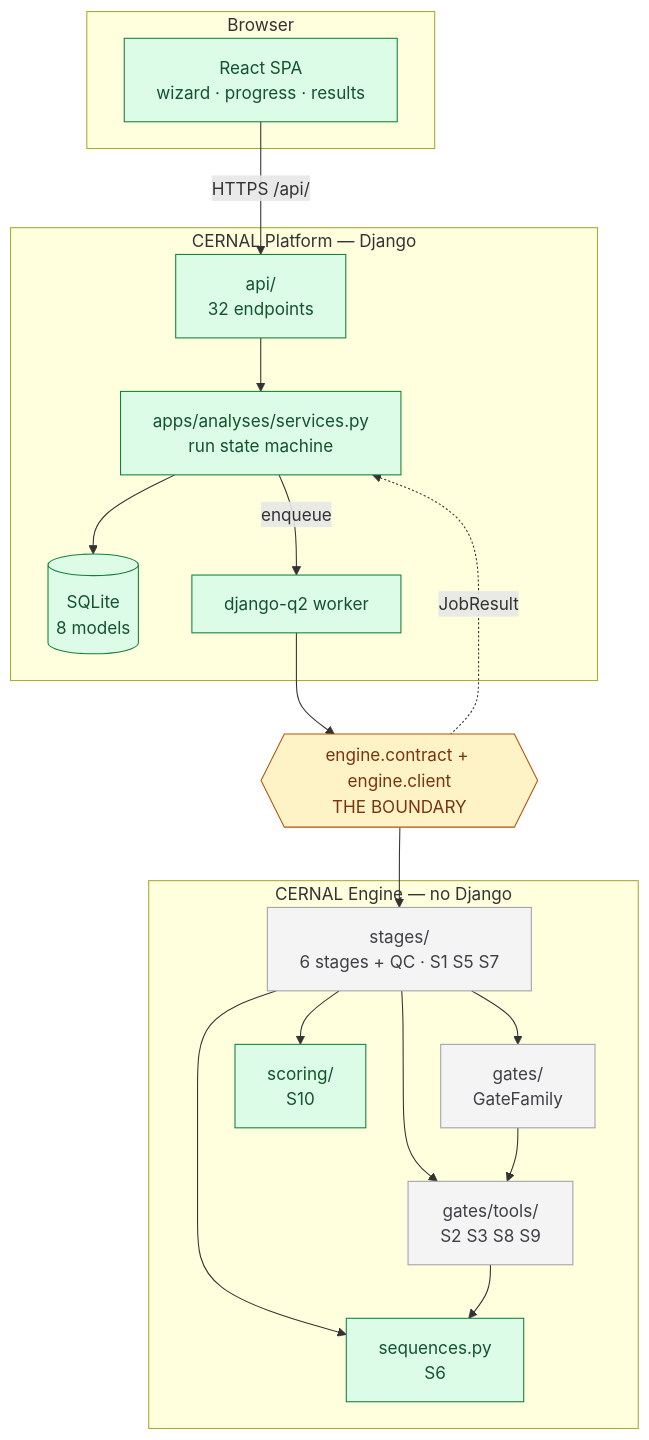
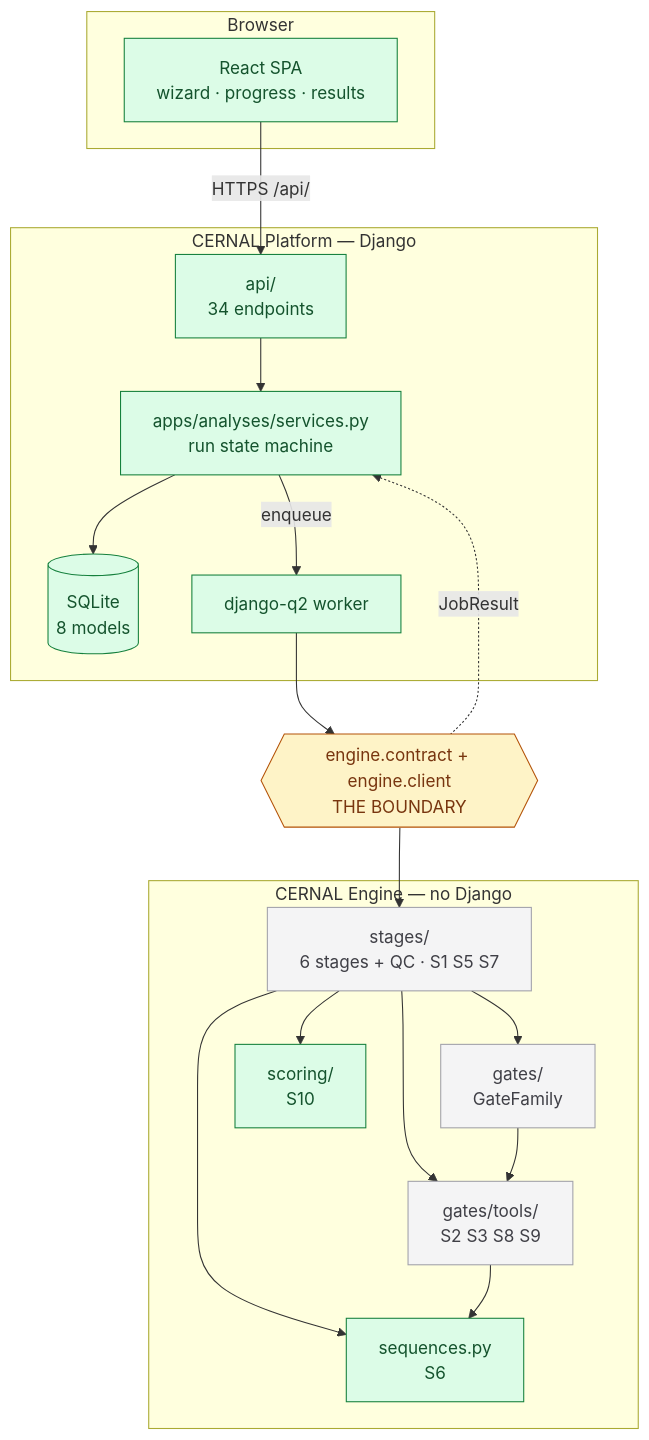
One commit to zivbental/cernal_software changed the first of 6 diagrams in docs/engine.md. Above: the diagram before and after it, drawn with Mermaid. The commit also changed 65 other files, not shown here.

````diff
--- a/docs/engine.md
+++ b/docs/engine.md
@@ -42,44 +42,44 @@
 ```mermaid
 flowchart TB
     subgraph browser["Browser"]
         SPA["React SPA<br/>wizard · progress · results"]
     end
 
     subgraph platform["CERNAL Platform — Django"]
-        API["api/<br/>32 endpoints"]
+        API["api/<br/>34 endpoints"]
         SVC["apps/analyses/services.py<br/>run state machine"]
         DB[("SQLite<br/>8 models")]
         WORKER["django-q2 worker"]
     end
 
     SEAM{{"engine.contract + engine.client<br/>THE BOUNDARY"}}
 
     subgraph engine["CERNAL Engine — no Django"]
         PIPE["stages/<br/>6 stages + QC · S1 S5 S7"]
         GATES["gates/<br/>GateFamily"]
         TOOLS["gates/tools/<br/>S2 S3 S8 S9"]
         SCORE["scoring/<br/>S10"]
         SEQ["sequences.py<br/>S6"]
     end
 
     SPA -->|"HTTPS /api/"| API
     API --> SVC
     SVC --> DB
     SVC -->|"enqueue"| WORKER
     WORKER --> SEAM
     SEAM --> PIPE
     PIPE --> GATES
     PIPE --> TOOLS
     PIPE --> SCORE
     GATES --> TOOLS
     PIPE --> SEQ
     TOOLS --> SEQ
     SEAM -.->|"JobResult"| SVC
 
     classDef built fill:#dcfce7,stroke:#15803d,color:#14532d
     classDef todo fill:#f4f4f5,stroke:#a1a1aa,color:#3f3f46
     classDef seam fill:#fef3c7,stroke:#b45309,color:#78350f
     class SPA,API,SVC,DB,WORKER,SCORE,SEQ built
     class PIPE,GATES,TOOLS todo
     class SEAM seam
 ```
````
